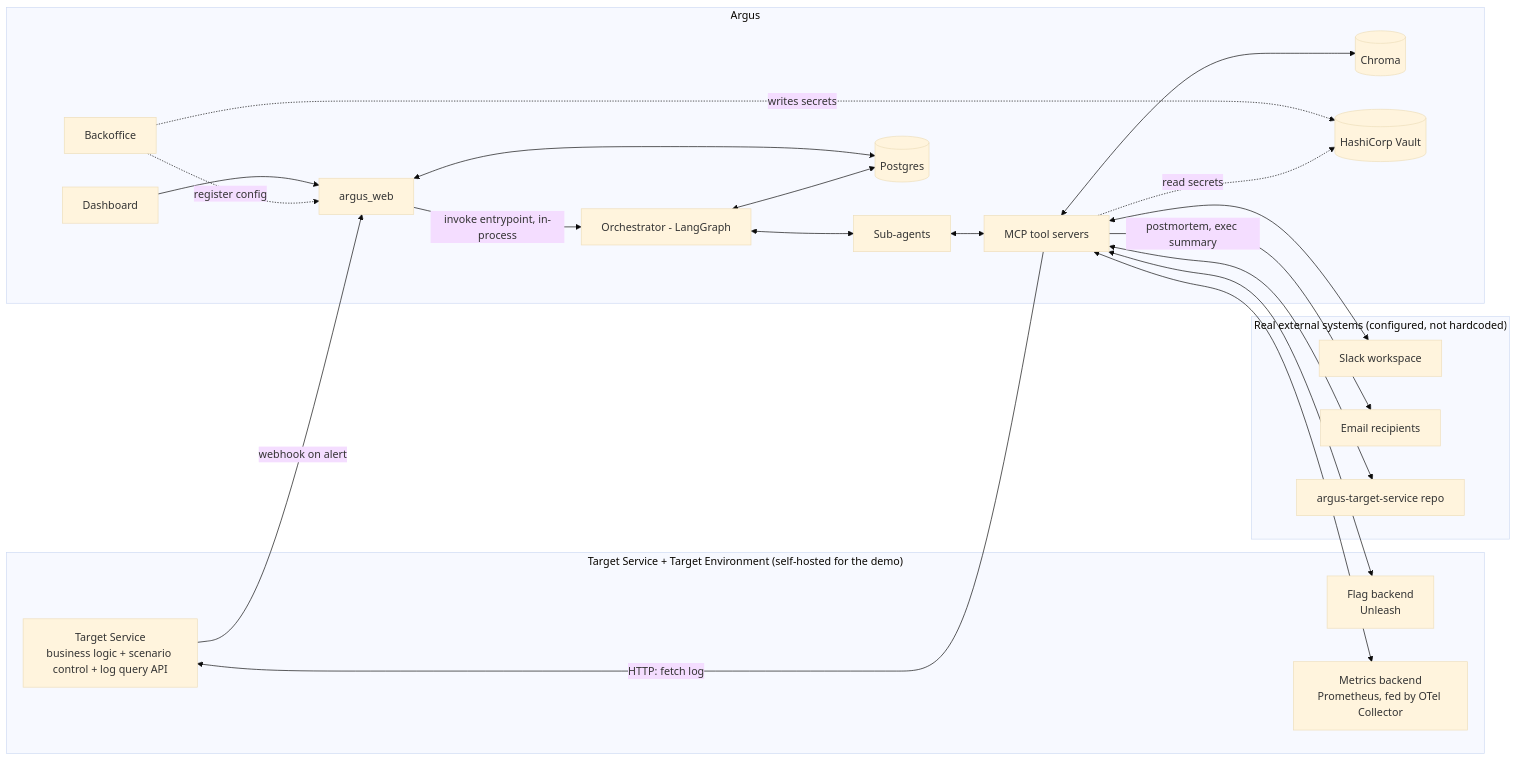
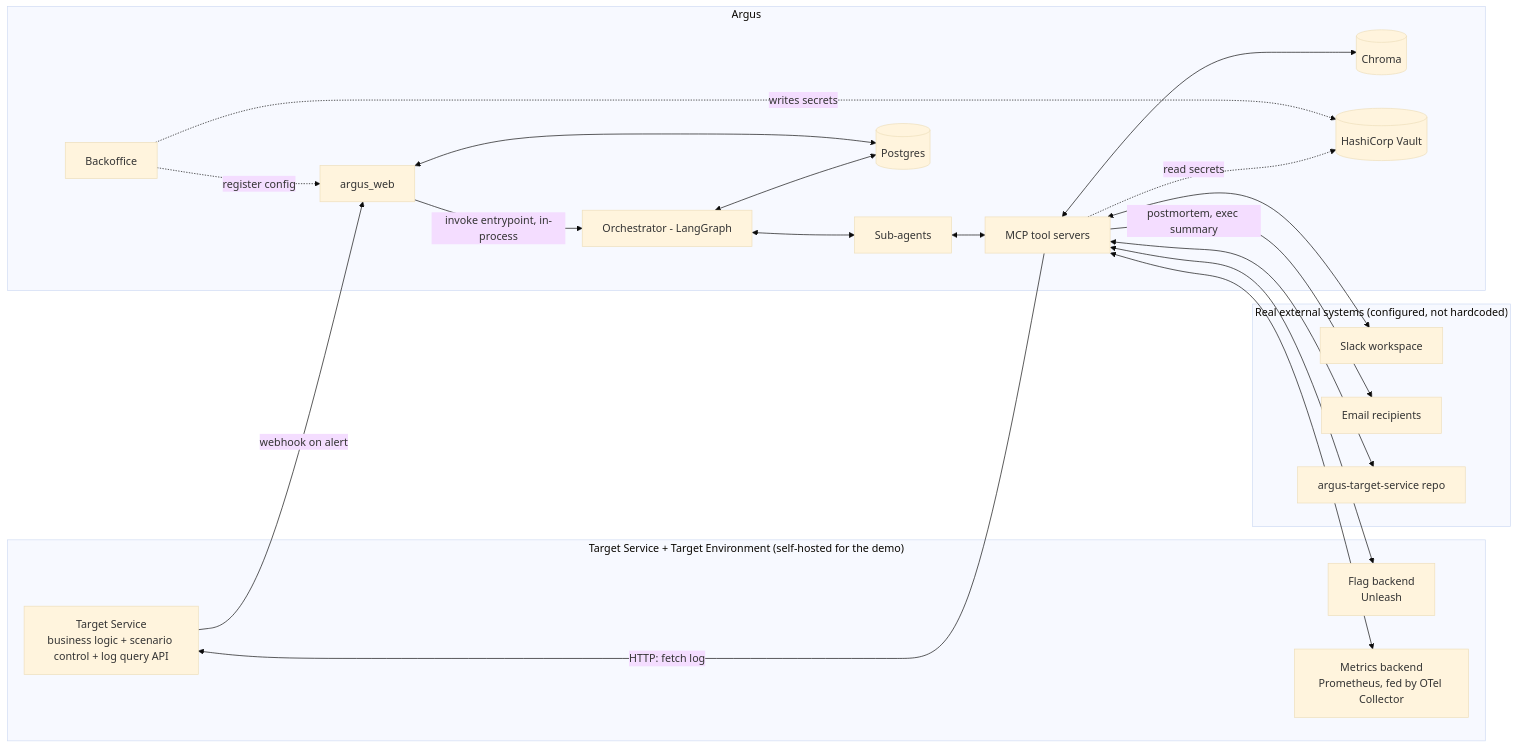
The first of 5 diagrams in docs/spec-and-architecture.md (ohadraz/Argus), drawn with Mermaid (base theme) before and after one commit. The commit also changed other lines of this file and 31 other files, not shown here.

````diff
--- a/docs/spec-and-architecture.md
+++ b/docs/spec-and-architecture.md
@@ -73,44 +73,42 @@
 ```mermaid
 flowchart LR
     subgraph Real["Real external systems (configured, not hardcoded)"]
         SLK[Slack workspace]
         MAIL[Email recipients]
         GH[argus-target-service repo]
     end
 
     subgraph TargetEnv["Target Service + Target Environment (self-hosted for the demo)"]
         TS[Target Service<br/>business logic + scenario control + log query API]
         FLAGS[Flag backend<br/>Unleash]
         METRICS[Metrics backend<br/>Prometheus, fed by OTel Collector]
     end
 
     subgraph Argus["Argus"]
         WEB[argus_web]
         ORCH[Orchestrator - LangGraph]
         AGENTS[Sub-agents]
         MCPS[MCP tool servers]
         PG[(Postgres)]
         CHROMA[(Chroma)]
         VAULT[(HashiCorp Vault)]
-        DASH[Dashboard]
         BO[Backoffice]
     end
 
     TS -->|webhook on alert| WEB
     WEB -->|invoke entrypoint, in-process| ORCH
     ORCH <--> AGENTS
     AGENTS <--> MCPS
     MCPS -->|HTTP: fetch log| TS
     MCPS <--> FLAGS
     MCPS <--> METRICS
     MCPS <--> GH
     MCPS <--> SLK
     MCPS -->|postmortem, exec summary| MAIL
     MCPS <--> CHROMA
     ORCH <--> PG
     MCPS -.->|read secrets| VAULT
     WEB <--> PG
     BO -.->|register config| WEB
     BO -.->|writes secrets| VAULT
-    DASH --> WEB
 ```
````
